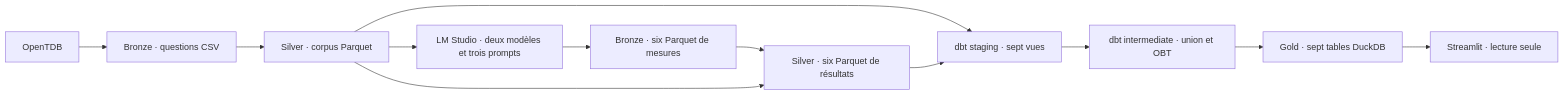
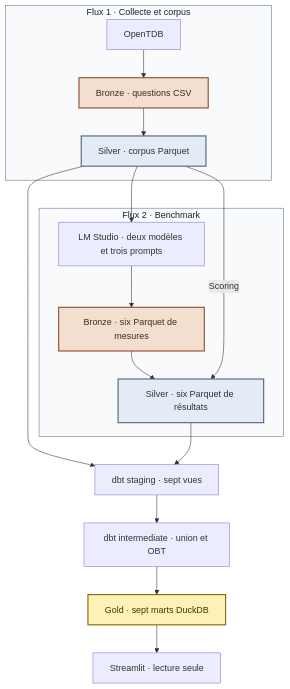
The diagram in README.md (CecileGUICHARD/trivial-pursuit-data-engineering), drawn with Mermaid before and after one commit.

Commit message:
Clarifier le schéma d'architecture des données

````diff
--- a/README.md
+++ b/README.md
@@ -18,14 +18,30 @@
 ```mermaid
-flowchart LR
-    API[OpenTDB] --> CSV[Bronze · questions CSV]
-    CSV --> Corpus[Silver · corpus Parquet]
-    Corpus --> LM[LM Studio · deux modèles et trois prompts]
-    LM --> Mesures[Bronze · six Parquet de mesures]
-    Mesures --> Scores[Silver · six Parquet de résultats]
-    Corpus --> Scores
+flowchart TB
+    subgraph FluxCorpus["Flux 1 · Collecte et corpus"]
+        API[OpenTDB] --> CSV[Bronze · questions CSV]
+        CSV --> Corpus[Silver · corpus Parquet]
+    end
+
+    subgraph FluxBenchmark["Flux 2 · Benchmark"]
+        LM[LM Studio · deux modèles et trois prompts] --> Mesures[Bronze · six Parquet de mesures]
+        Mesures --> Scores[Silver · six Parquet de résultats]
+    end
+
+    Corpus --> LM
+    Corpus -->|Scoring| Scores
     Corpus --> Staging[dbt staging · sept vues]
     Scores --> Staging
     Staging --> Intermediate[dbt intermediate · union et OBT]
-    Intermediate --> Gold[Gold · sept tables DuckDB]
+    Intermediate --> Gold[Gold · sept marts DuckDB]
     Gold --> App[Streamlit · lecture seule]
+
+    classDef bronze fill:#f3dfcf,stroke:#934e2b,stroke-width:2px,color:#492817
+    classDef silver fill:#e4ebf5,stroke:#506780,stroke-width:2px,color:#203447
+    classDef gold fill:#fff0b8,stroke:#8a6600,stroke-width:2px,color:#463300
+    class CSV,Mesures bronze
+    class Corpus,Scores silver
+    class Gold gold
+
+    style FluxCorpus fill:#f8fafc,stroke:#64748b,color:#172033
+    style FluxBenchmark fill:#f8fafc,stroke:#64748b,color:#172033
 ```
````
